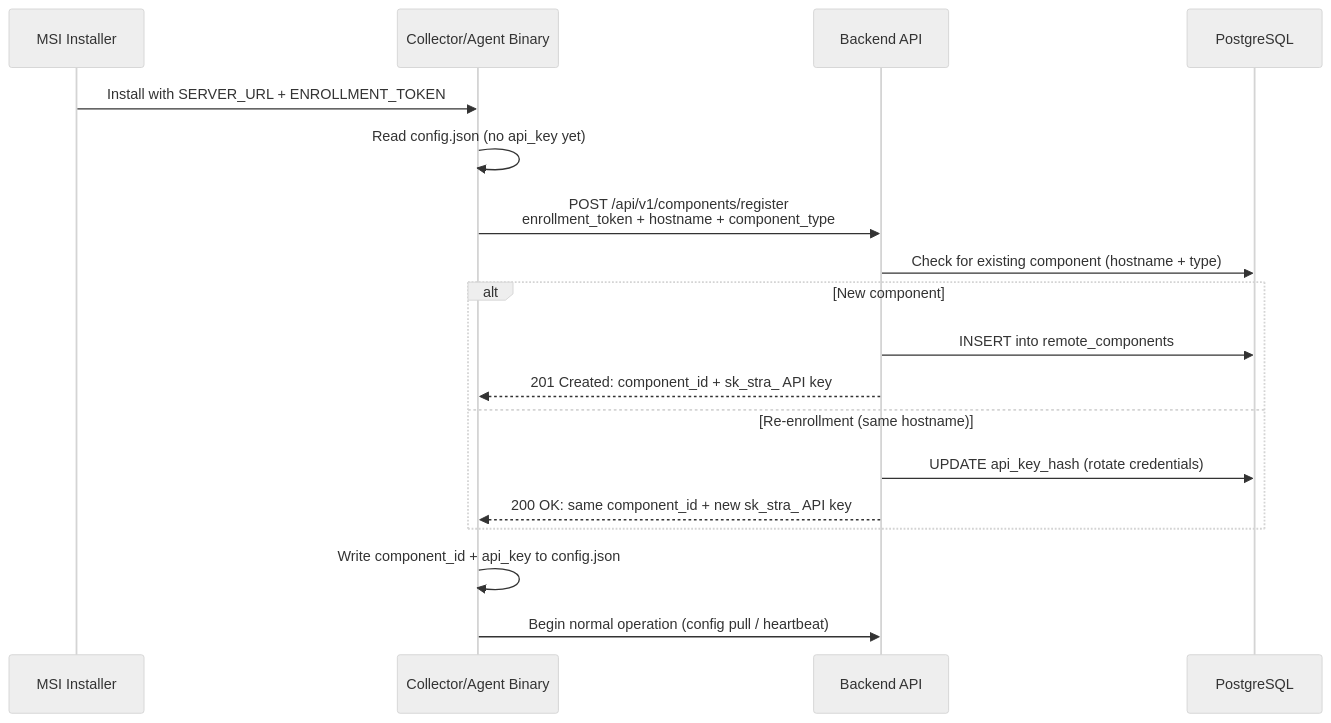
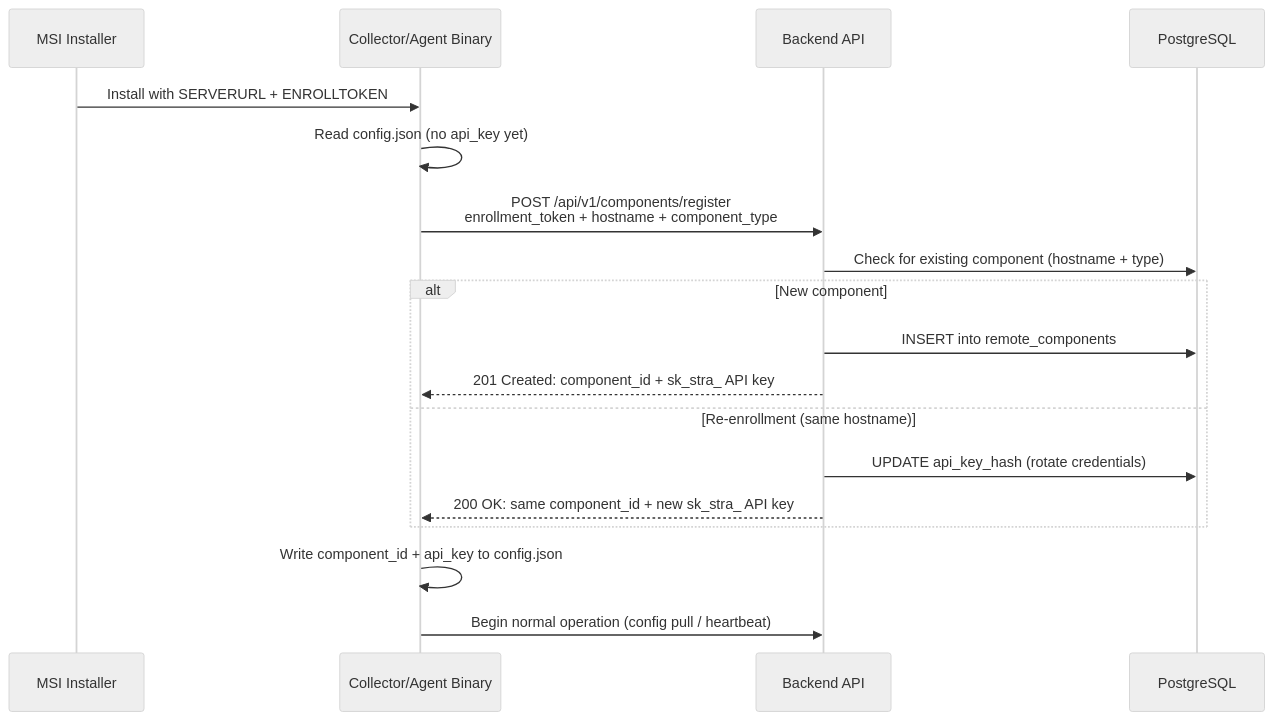
One commit to Stratora-Platforms/stratora-docs changed the second of 4 diagrams in docs/architecture.md. Above: the diagram before and after it, drawn with Mermaid (neutral theme). The commit also changed other lines of this file and 19 other files, not shown here.

````diff
--- a/docs/architecture.md
+++ b/docs/architecture.md
@@ -88,23 +94,23 @@
 ```mermaid
 sequenceDiagram
     participant MSI as MSI Installer
     participant Bin as Collector/Agent Binary
     participant API as Backend API
     participant DB as PostgreSQL
 
-    MSI->>Bin: Install with SERVER_URL + ENROLLMENT_TOKEN
+    MSI->>Bin: Install with SERVERURL + ENROLLTOKEN
     Bin->>Bin: Read config.json (no api_key yet)
     Bin->>API: POST /api/v1/components/register<br/>enrollment_token + hostname + component_type
     API->>DB: Check for existing component (hostname + type)
 
     alt New component
         API->>DB: INSERT into remote_components
         API-->>Bin: 201 Created: component_id + sk_stra_ API key
     else Re-enrollment (same hostname)
         API->>DB: UPDATE api_key_hash (rotate credentials)
         API-->>Bin: 200 OK: same component_id + new sk_stra_ API key
     end
 
     Bin->>Bin: Write component_id + api_key to config.json
     Bin->>API: Begin normal operation (config pull / heartbeat)
 ```
````
